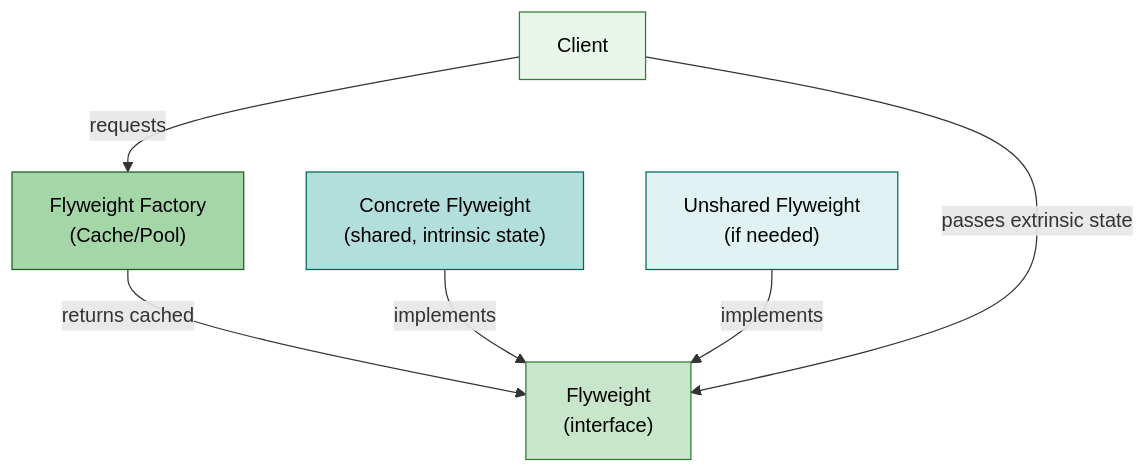
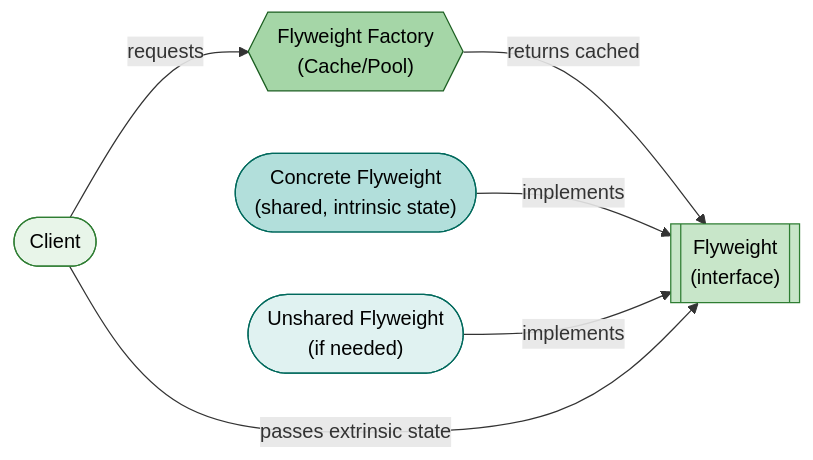
The second of 4 diagrams in docs/designpatterns/structuralDesignPatterns/flyweightdesignpattern.md (saivamsikaruturi/vamsilabs-dev-notes-main), drawn with Mermaid before and after one commit. The commit also changed other lines of this file and 146 other files, not shown here.

Commit message:
Horizontal diagrams, UML class diagrams, typography overhaul, and permalink cleanup

````diff
--- a/docs/designpatterns/structuralDesignPatterns/flyweightdesignpattern.md
+++ b/docs/designpatterns/structuralDesignPatterns/flyweightdesignpattern.md
@@ -48,20 +48,20 @@
 ```mermaid
-flowchart TD
-    Client["Client"]
-    Factory["Flyweight Factory\n(Cache/Pool)"]
-    Flyweight["Flyweight\n(interface)"]
-    ConcreteFW["Concrete Flyweight\n(shared, intrinsic state)"]
-    UnsharedFW["Unshared Flyweight\n(if needed)"]
+flowchart LR
+    Client(["Client"])
+    Factory{{"Flyweight Factory\n(Cache/Pool)"}}
+    Flyweight[["Flyweight\n(interface)"]]
+    ConcreteFW(["Concrete Flyweight\n(shared, intrinsic state)"])
+    UnsharedFW(["Unshared Flyweight\n(if needed)"])
 
     Client -->|requests| Factory
     Factory -->|returns cached| Flyweight
     ConcreteFW -->|implements| Flyweight
     UnsharedFW -->|implements| Flyweight
     Client -->|passes extrinsic state| Flyweight
 
     style Client fill:#e8f5e9,stroke:#2e7d32,color:#000
     style Factory fill:#a5d6a7,stroke:#1b5e20,color:#000
     style Flyweight fill:#c8e6c9,stroke:#2e7d32,color:#000
     style ConcreteFW fill:#b2dfdb,stroke:#00695c,color:#000
     style UnsharedFW fill:#e0f2f1,stroke:#00695c,color:#000
 ```
````
